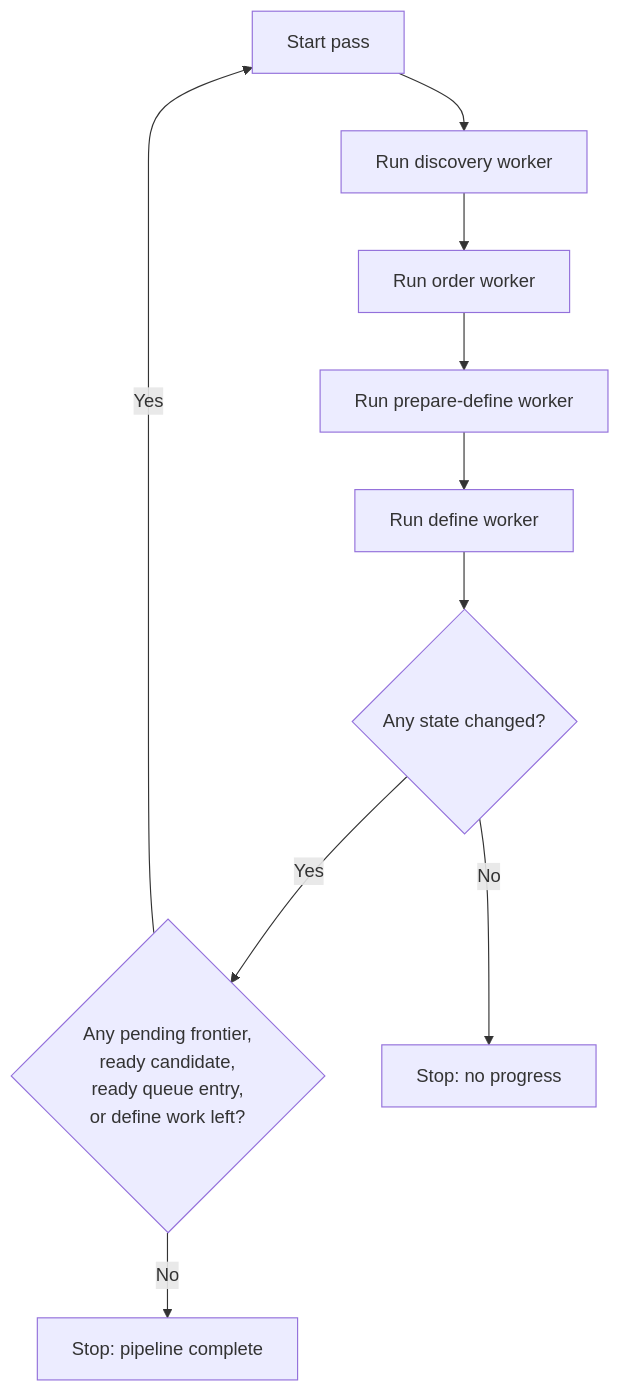
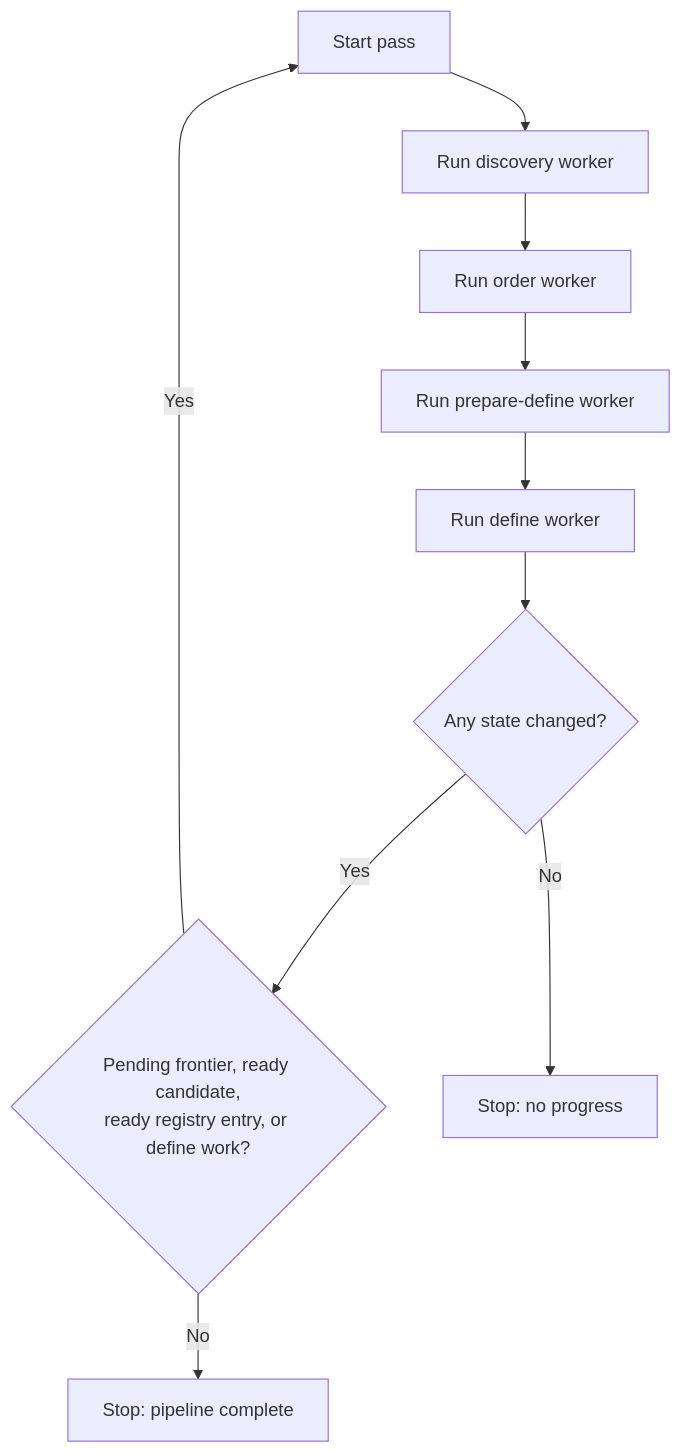
Before and after one commit to ginmp8/rhapsodia: the second of 2 diagrams in skills/mago/assets/flows/discovery-order-prepare-define-loop.md, drawn with Mermaid. The commit also changed other lines of this file and 846 other files, not shown here.

````diff
--- a/skills/mago/assets/flows/discovery-order-prepare-define-loop.md
+++ b/skills/mago/assets/flows/discovery-order-prepare-define-loop.md
@@ -56,12 +56,12 @@
 ```mermaid
 flowchart TD
     S["Start pass"] --> D1["Run discovery worker"]
     D1 --> O1["Run order worker"]
     O1 --> P1["Run prepare-define worker"]
     P1 --> F1["Run define worker"]
     F1 --> C1{"Any state changed?"}
-    C1 -- Yes --> P2{"Any pending frontier,\nready candidate,\nready queue entry,\nor define work left?"}
+    C1 -- Yes --> P2{"Pending frontier, ready candidate,\nready registry entry, or define work?"}
     P2 -- Yes --> S
     P2 -- No --> E["Stop: pipeline complete"]
     C1 -- No --> N["Stop: no progress"]
 ```
````
